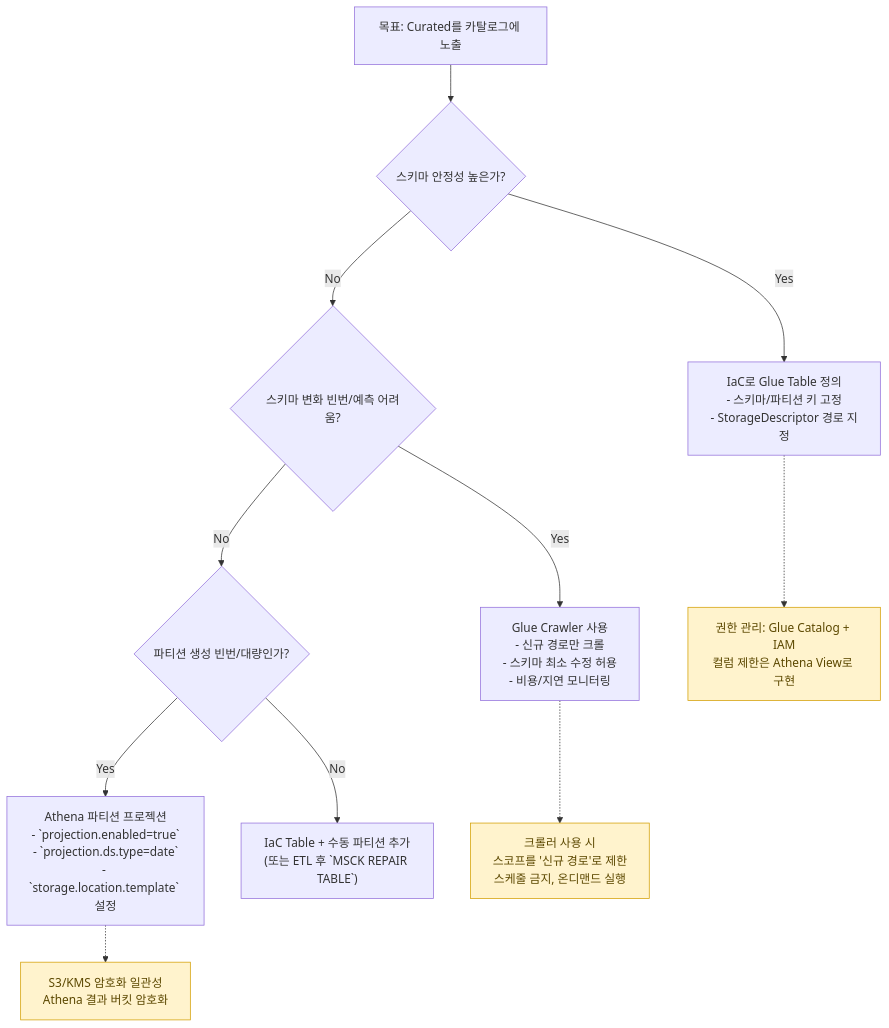
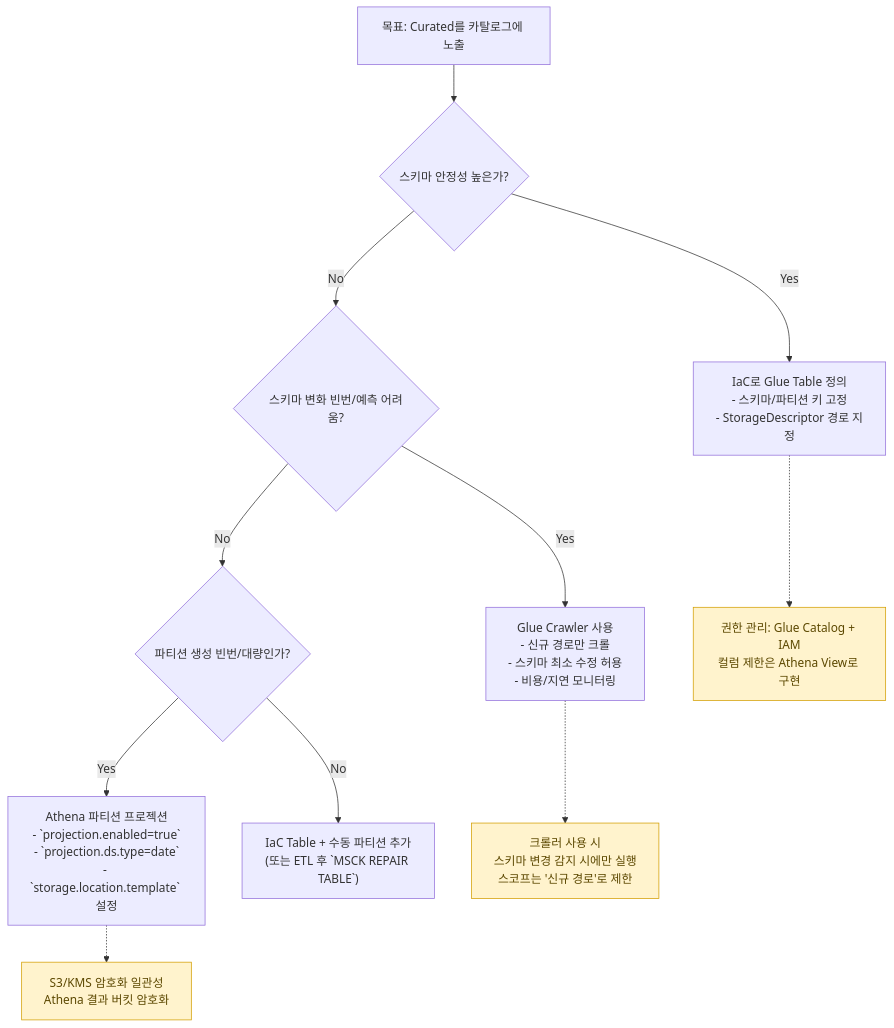
One commit to keemgdeok/fin-forge-pipeline changed the diagram in docs/diagrams/transform/08-catalog-strategy.md. Above: the diagram before and after it, drawn with Mermaid. The commit also changed other lines of this file and 20 other files, not shown here.

Commit message:
docs(specs/state-machine): catalog_update 입력 추가, SCHEMA_CHECK_FAILED 정의, 재시도 정책 갱신, 관측성 축약

````diff
--- a/docs/diagrams/transform/08-catalog-strategy.md
+++ b/docs/diagrams/transform/08-catalog-strategy.md
@@ -3,23 +3,23 @@
 ```mermaid
 flowchart TD
   A["목표: Curated를 카탈로그에 노출"] --> B{스키마 안정성 높은가?}
   B -->|Yes| C["IaC로 Glue Table 정의<br/>- 스키마/파티션 키 고정<br/>- StorageDescriptor 경로 지정"]
   B -->|No| D{스키마 변화 빈번/예측 어려움?}
 
   D -->|Yes| E["Glue Crawler 사용<br/>- 신규 경로만 크롤<br/>- 스키마 최소 수정 허용<br/>- 비용/지연 모니터링"]
   D -->|No| F{파티션 생성 빈번/대량인가?}
 
   F -->|Yes| G["Athena 파티션 프로젝션<br/>- `projection.enabled=true`<br/>- `projection.ds.type=date`<br/>- `storage.location.template` 설정"]
   F -->|No| H["IaC Table + 수동 파티션 추가<br/>(또는 ETL 후 `MSCK REPAIR TABLE`)" ]
 
   %% 공통 권장 사항
   N1["권한 관리: Glue Catalog + IAM<br/>컬럼 제한은 Athena View로 구현"]:::note
   N2["S3/KMS 암호화 일관성<br/>Athena 결과 버킷 암호화"]:::note
-  N3["크롤러 사용 시<br/>스코프를 '신규 경로'로 제한<br/>스케줄 금지, 온디맨드 실행"]:::note
+  N3["크롤러 사용 시<br/>스키마 변경 감지 시에만 실행<br/>스코프는 '신규 경로'로 제한"]:::note
 
   C -.-> N1
   E -.-> N3
   G -.-> N2
 
   classDef note fill:#fff3cd,stroke:#d39e00,color:#5c4800;
 ```
````
